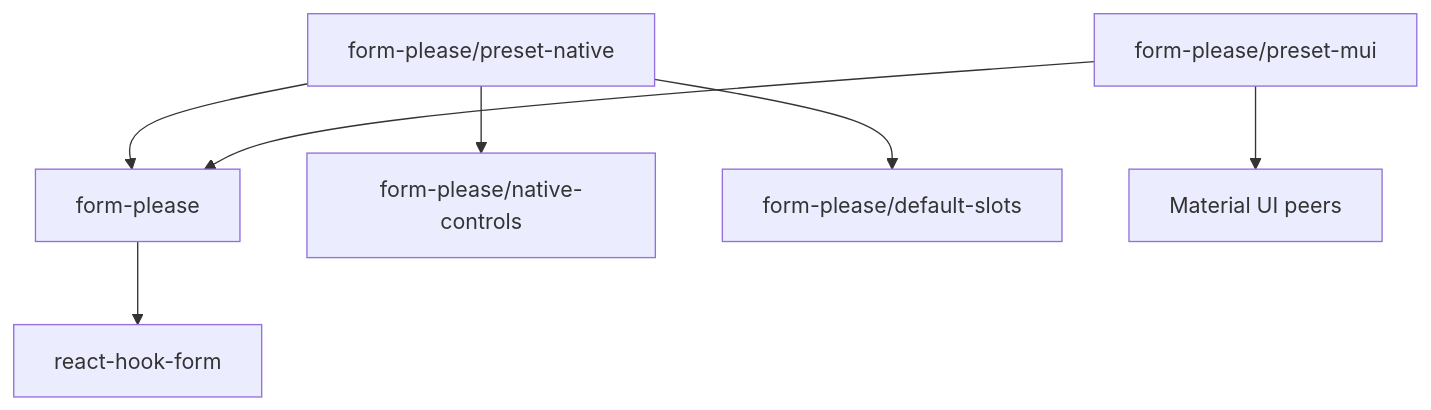
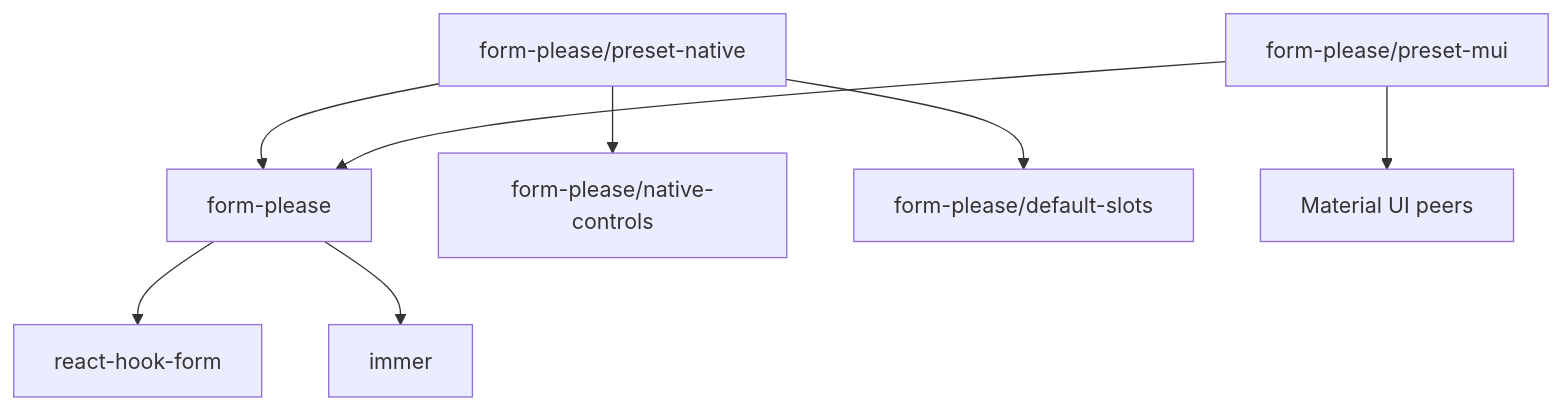
The diagram in docs/ARCHITECTURE.md (r13v/fokit), drawn with Mermaid before and after one commit. The commit also changed other lines of this file and 40 other files, not shown here.

````diff
--- a/docs/ARCHITECTURE.md
+++ b/docs/ARCHITECTURE.md
@@ -23,9 +24,10 @@
 ```mermaid
 flowchart TD
     Root["form-please"] --> RHF["react-hook-form"]
+    Root --> Immer["immer"]
     NativePreset["form-please/preset-native"] --> Root
     NativePreset --> NativeControls["form-please/native-controls"]
     NativePreset --> DefaultSlots["form-please/default-slots"]
     MuiPreset["form-please/preset-mui"] --> Root
     MuiPreset --> Mui["Material UI peers"]
 ```
````
